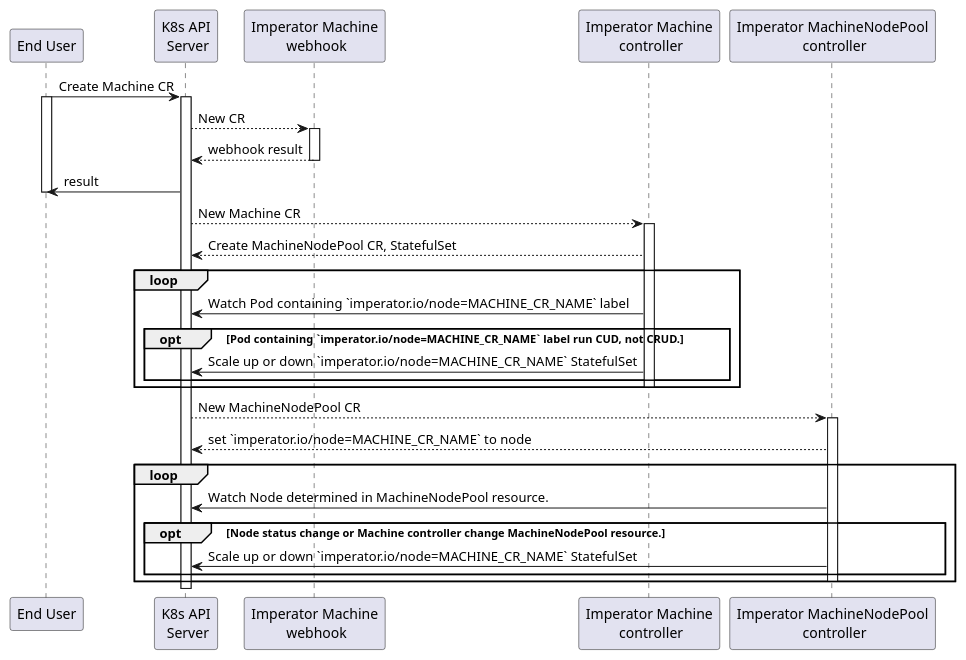
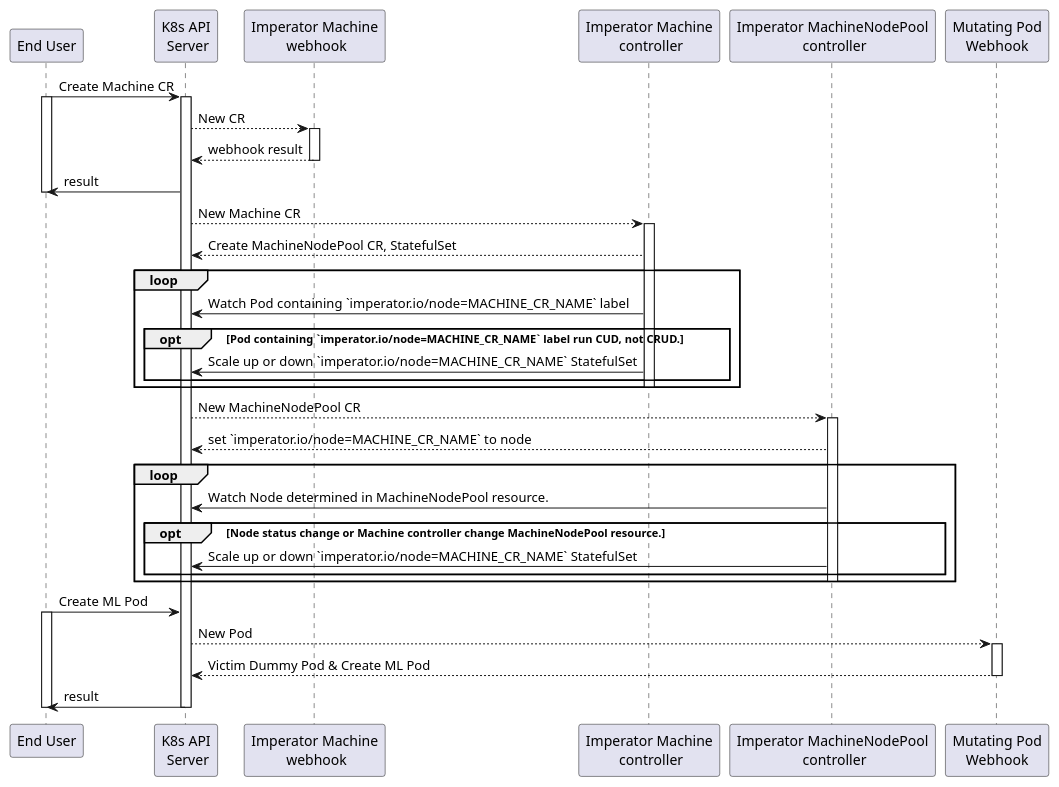
One commit to tenzen-y/imperator changed the diagram in docs/v1alpha1-sequence.puml. Above: the diagram before and after it, drawn with PlantUML. The commit also changed 33 other files, not shown here.

First line of the commit message:
Implement machine controller (#6)

```diff
--- a/docs/v1alpha1-sequence.puml
+++ b/docs/v1alpha1-sequence.puml
@@ -1,51 +1,62 @@
 @startuml
 'https://plantuml.com/sequence-diagram
 
 participant "End User" as User order 1
 participant "K8s API\n Server" as APIServer order 2
 participant "Imperator Machine\n webhook" as MachineWebhook order 3
-participant "Imperator Machine\n controller" as MachineController order 6
-participant "Imperator MachineNodePool\n controller" as MachineNodePoolController order 8
+participant "Imperator Machine\n controller" as MachineController order 4
+participant "Imperator MachineNodePool\n controller" as MachineNodePoolController order 5
+participant "Mutating Pod\nWebhook" as PodWebhook order 6
 
 User -> APIServer: Create Machine CR
 activate User
 activate APIServer
 
 APIServer --> MachineWebhook: New CR
 activate MachineWebhook
 
 MachineWebhook --> APIServer: webhook result
 deactivate MachineWebhook
 
 APIServer -> User: result
 deactivate User
 
 APIServer --> MachineController: New Machine CR
 activate MachineController
 
 MachineController --> APIServer: Create MachineNodePool CR, StatefulSet
 
 loop
   MachineController -> APIServer: Watch Pod containing `imperator.io/node=MACHINE_CR_NAME` label
   opt Pod containing `imperator.io/node=MACHINE_CR_NAME` label run CUD, not CRUD.
     MachineController -> APIServer: Scale up or down `imperator.io/node=MACHINE_CR_NAME` StatefulSet
   end
   deactivate MachineController
 end
 
 APIServer --> MachineNodePoolController: New MachineNodePool CR
 activate MachineNodePoolController
 
 MachineNodePoolController --> APIServer: set `imperator.io/node=MACHINE_CR_NAME` to node
 
 loop
   MachineNodePoolController -> APIServer: Watch Node determined in MachineNodePool resource.
   opt Node status change or Machine controller change MachineNodePool resource.
     MachineNodePoolController -> APIServer: Scale up or down `imperator.io/node=MACHINE_CR_NAME` StatefulSet
   end
   deactivate MachineNodePoolController
 end
 
+User -> APIServer: Create ML Pod
+activate User
+
+APIServer --> PodWebhook: New Pod
+activate PodWebhook
+PodWebhook ---> APIServer: Victim Dummy Pod & Create ML Pod
+deactivate PodWebhook
+APIServer -> User: result
+deactivate User
+
 deactivate APIServer
 
 @enduml
```
